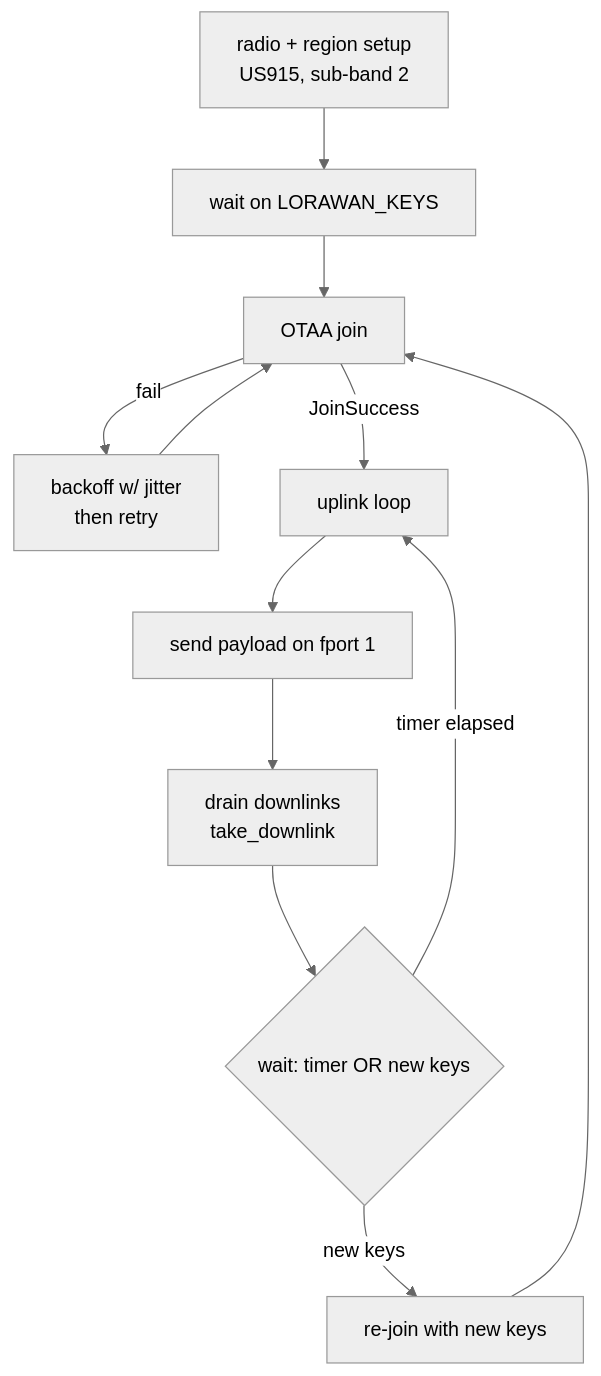
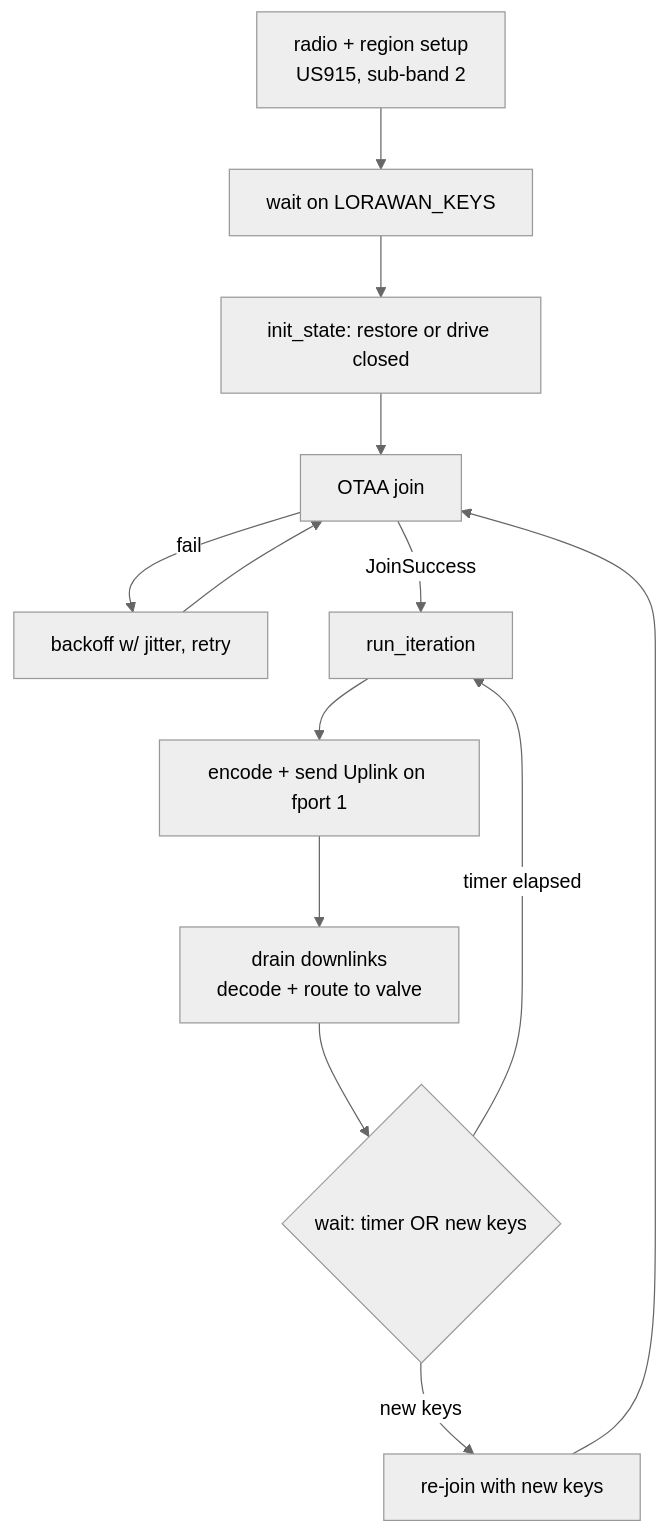
Before and after one commit to ponix-dev/flow_controller: the first of 2 diagrams in docs/uplink-downlink.md, drawn with Mermaid (neutral theme). The commit also changed other lines of this file and 5 other files, not shown here.

````diff
--- a/docs/uplink-downlink.md
+++ b/docs/uplink-downlink.md
@@ -16,14 +22,15 @@
 ```mermaid
 flowchart TD
     A[radio + region setup<br/>US915, sub-band 2] --> B[wait on LORAWAN_KEYS]
-    B --> C[OTAA join]
-    C -->|fail| D[backoff w/ jitter<br/>then retry]
-    D --> C
-    C -->|JoinSuccess| E[uplink loop]
-    E --> F[send payload on fport 1]
-    F --> G[drain downlinks<br/>take_downlink]
-    G --> H{wait: timer OR new keys}
-    H -->|timer elapsed| E
-    H -->|new keys| I[re-join with new keys]
-    I --> C
+    B --> C[init_state: restore or drive closed]
+    C --> D[OTAA join]
+    D -->|fail| E[backoff w/ jitter, retry]
+    E --> D
+    D -->|JoinSuccess| F[run_iteration]
+    F --> G[encode + send Uplink on fport 1]
+    G --> H[drain downlinks<br/>decode + route to valve]
+    H --> I{wait: timer OR new keys}
+    I -->|timer elapsed| F
+    I -->|new keys| J[re-join with new keys]
+    J --> D
 ```
````
